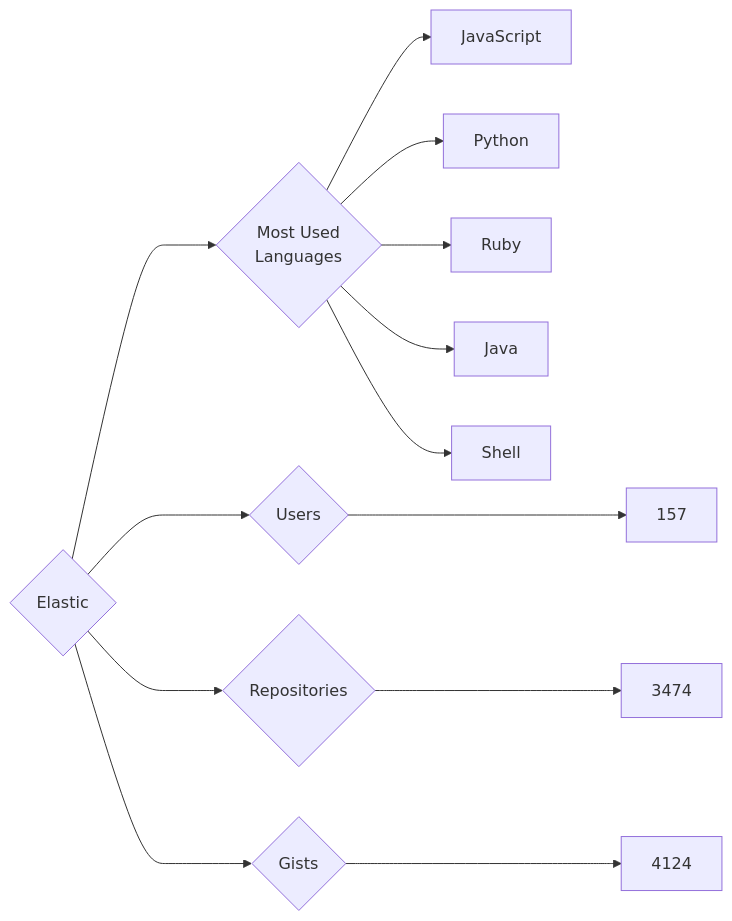
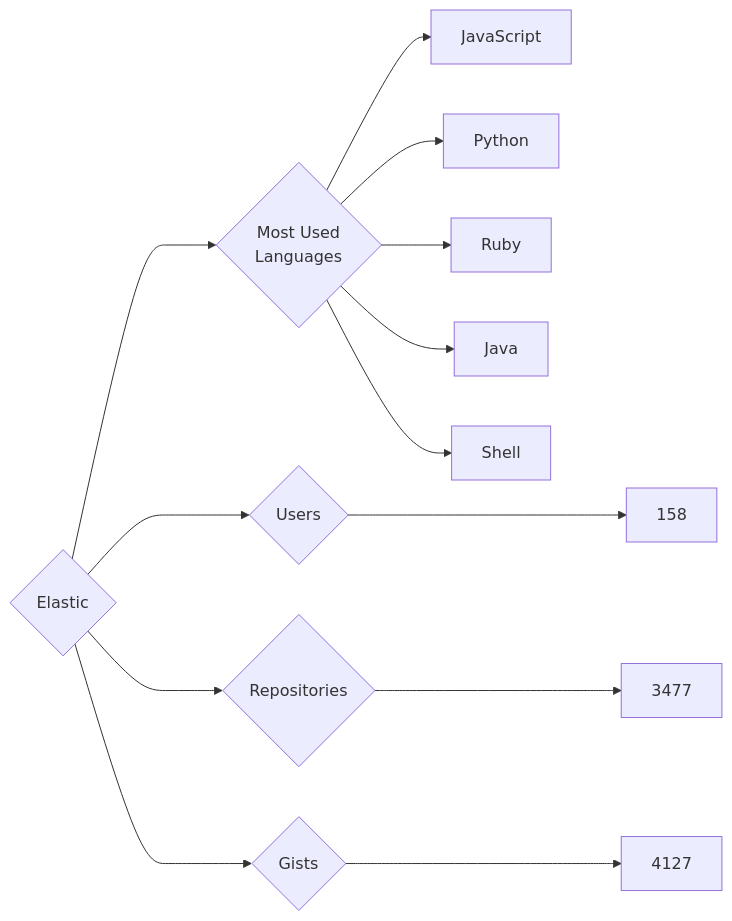
Before and after one commit to trickest/insiders: the diagram in targets/Elastic/README.md, drawn with Mermaid. The commit also changed 775 other files, not shown here.

````diff
--- a/targets/Elastic/README.md
+++ b/targets/Elastic/README.md
@@ -3,13 +3,13 @@
 ```mermaid
 graph LR
 COMPANY_NAME{Elastic}
-COMPANY_NAME ---> U{Users} ---> UN[157]
-COMPANY_NAME ---> R{Repositories} ---> RN[3474]
-COMPANY_NAME ---> G{Gists} ---> GN[4124]
+COMPANY_NAME ---> U{Users} ---> UN[158]
+COMPANY_NAME ---> R{Repositories} ---> RN[3477]
+COMPANY_NAME ---> G{Gists} ---> GN[4127]
 COMPANY_NAME ---> ML{Most Used<br>Languages}
 ML --> JavaScript[JavaScript]
 ML --> Python[Python]
 ML --> Ruby[Ruby]
 ML --> Java[Java]
 ML --> Shell[Shell]
 ```
````
